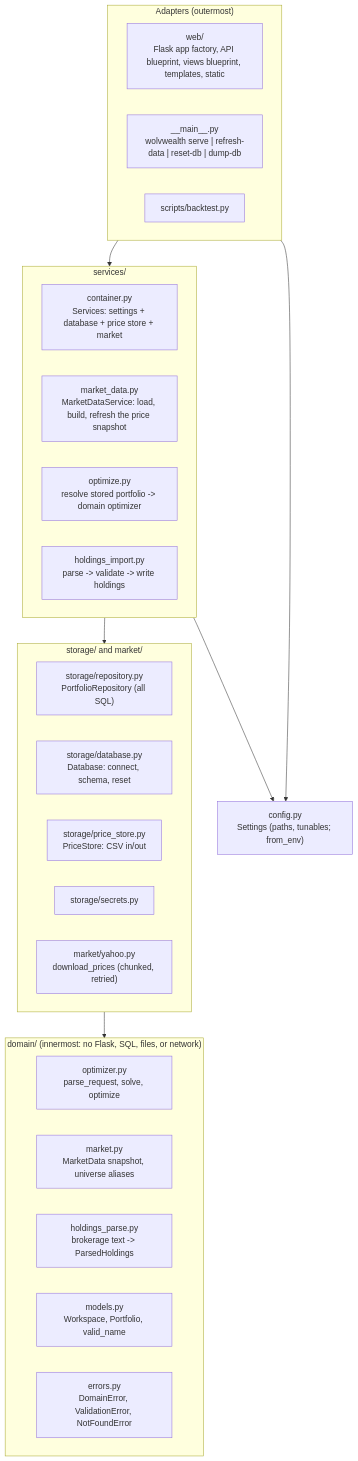
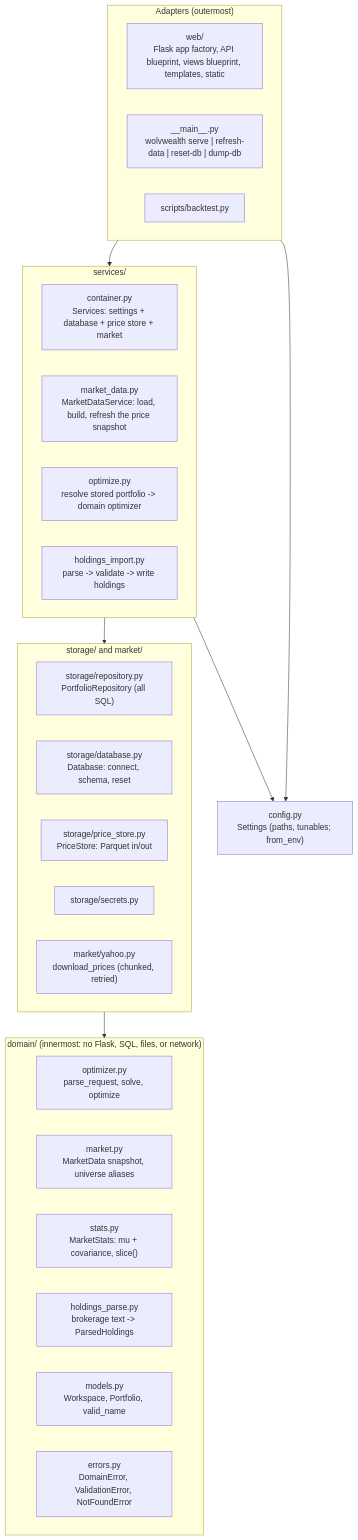
One commit to rramboer/WolvWealth changed the first of 9 diagrams in ARCHITECTURE.md. Above: the diagram before and after it, drawn with Mermaid. The commit also changed other lines of this file and 14 other files, not shown here.

````diff
--- a/ARCHITECTURE.md
+++ b/ARCHITECTURE.md
@@ -25,33 +25,34 @@
 ```mermaid
 flowchart TB
     subgraph Outer["Adapters (outermost)"]
         WEB["web/<br/>Flask app factory, API blueprint, views blueprint, templates, static"]
         CLI["__main__.py<br/>wolvwealth serve | refresh-data | reset-db | dump-db"]
         BT["scripts/backtest.py"]
     end
     subgraph Svc["services/"]
         CONT["container.py<br/>Services: settings + database + price store + market"]
         MD["market_data.py<br/>MarketDataService: load, build, refresh the price snapshot"]
         OPT["optimize.py<br/>resolve stored portfolio -> domain optimizer"]
         IMP["holdings_import.py<br/>parse -> validate -> write holdings"]
     end
     subgraph Infra["storage/ and market/"]
         REPO["storage/repository.py<br/>PortfolioRepository (all SQL)"]
         DB["storage/database.py<br/>Database: connect, schema, reset"]
-        PS["storage/price_store.py<br/>PriceStore: CSV in/out"]
+        PS["storage/price_store.py<br/>PriceStore: Parquet in/out"]
         SEC["storage/secrets.py"]
         YF["market/yahoo.py<br/>download_prices (chunked, retried)"]
     end
     subgraph Dom["domain/ (innermost: no Flask, SQL, files, or network)"]
         O["optimizer.py<br/>parse_request, solve, optimize"]
         M["market.py<br/>MarketData snapshot, universe aliases"]
+        ST["stats.py<br/>MarketStats: mu + covariance, slice()"]
         HP["holdings_parse.py<br/>brokerage text -> ParsedHoldings"]
         MO["models.py<br/>Workspace, Portfolio, valid_name"]
         E["errors.py<br/>DomainError, ValidationError, NotFoundError"]
     end
     CFG["config.py<br/>Settings (paths, tunables; from_env)"]
 
     Outer --> Svc --> Infra --> Dom
     Svc --> CFG
     Outer --> CFG
 ```
````
